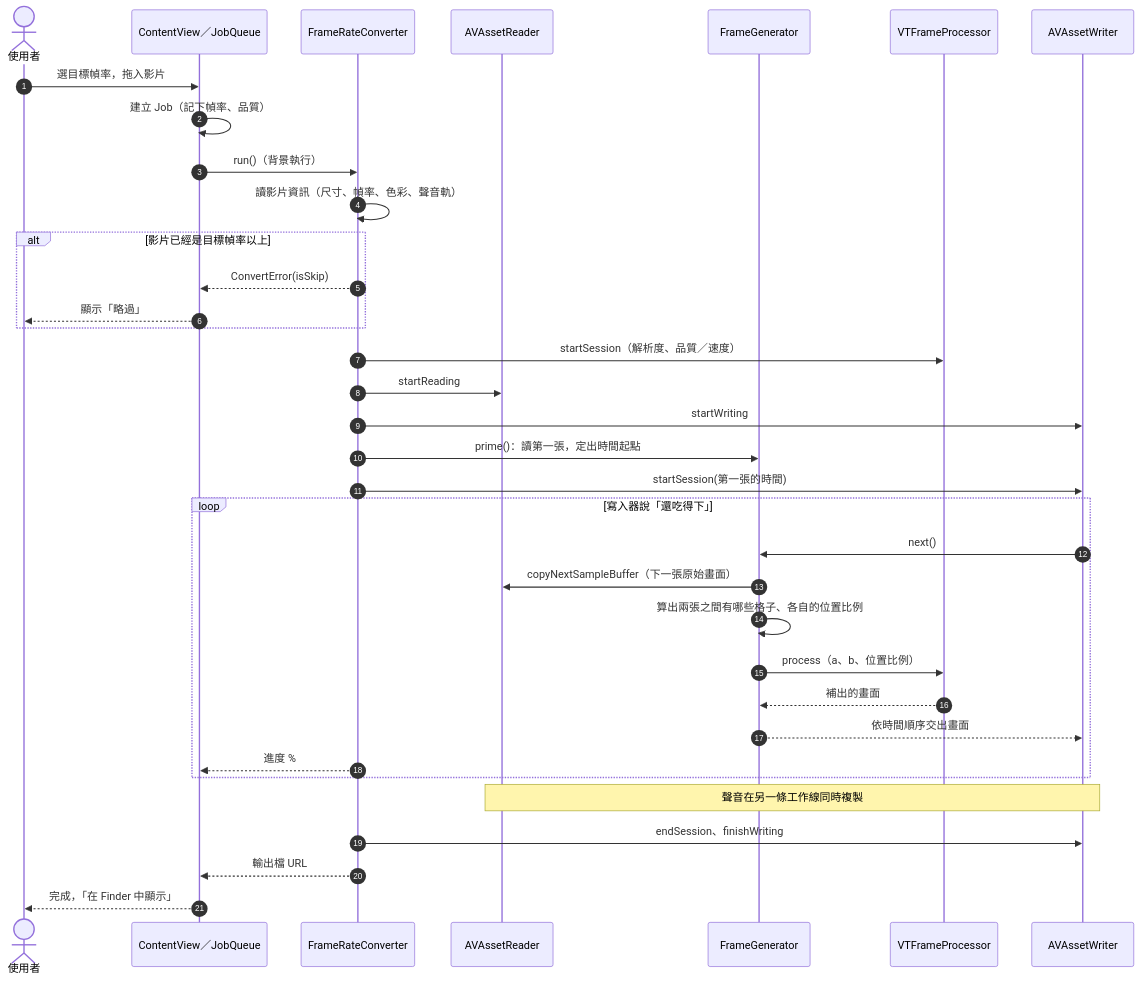
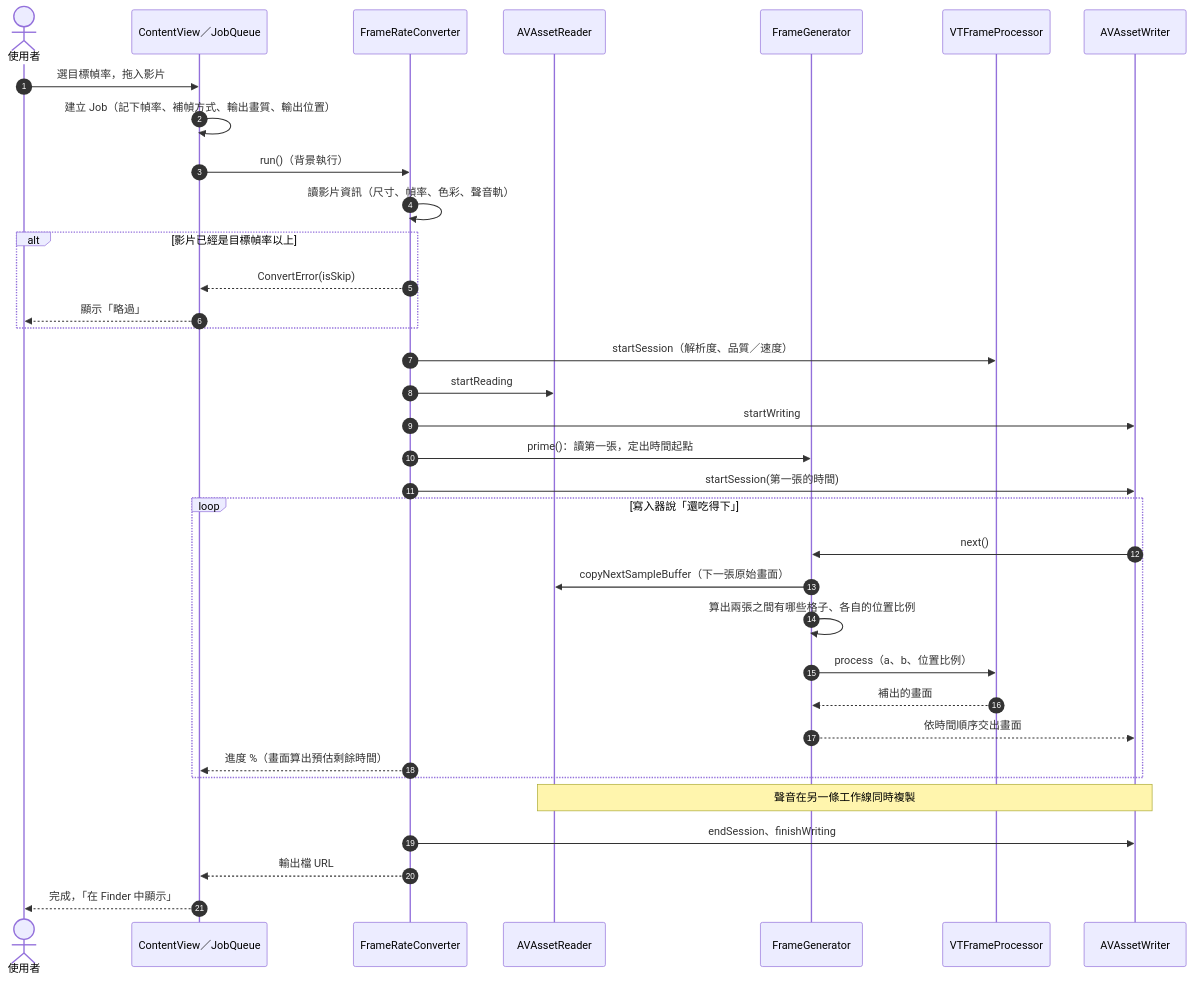
The third of 6 diagrams in docs/ARCHITECTURE.md (WebberningMoney/frame-booster), drawn with Mermaid before and after one commit. The commit also changed other lines of this file and 26 other files, not shown here.

First line of the commit message:
新增輸出位置、進階設定（補幀方式／輸出畫質）、預估剩餘時間；換新圖示

````diff
--- a/docs/ARCHITECTURE.md
+++ b/docs/ARCHITECTURE.md
@@ -139,38 +152,38 @@
 ```mermaid
 sequenceDiagram
     autonumber
     actor 使用者
     participant UI as ContentView／JobQueue
     participant C as FrameRateConverter
     participant R as AVAssetReader
     participant G as FrameGenerator
     participant AI as VTFrameProcessor
     participant W as AVAssetWriter
 
     使用者->>UI: 選目標幀率，拖入影片
-    UI->>UI: 建立 Job（記下幀率、品質）
+    UI->>UI: 建立 Job（記下幀率、補幀方式、輸出畫質、輸出位置）
     UI->>C: run()（背景執行）
     C->>C: 讀影片資訊（尺寸、幀率、色彩、聲音軌）
     alt 影片已經是目標幀率以上
         C-->>UI: ConvertError(isSkip)
         UI-->>使用者: 顯示「略過」
     end
     C->>AI: startSession（解析度、品質／速度）
     C->>R: startReading
     C->>W: startWriting
     C->>G: prime()：讀第一張，定出時間起點
     C->>W: startSession(第一張的時間)
     loop 寫入器說「還吃得下」
         W->>G: next()
         G->>R: copyNextSampleBuffer（下一張原始畫面）
         G->>G: 算出兩張之間有哪些格子、各自的位置比例
         G->>AI: process（a、b、位置比例）
         AI-->>G: 補出的畫面
         G-->>W: 依時間順序交出畫面
-        C-->>UI: 進度 %
+        C-->>UI: 進度 %（畫面算出預估剩餘時間）
     end
     Note over R,W: 聲音在另一條工作線同時複製
     C->>W: endSession、finishWriting
     C-->>UI: 輸出檔 URL
     UI-->>使用者: 完成，「在 Finder 中顯示」
 ```
````
